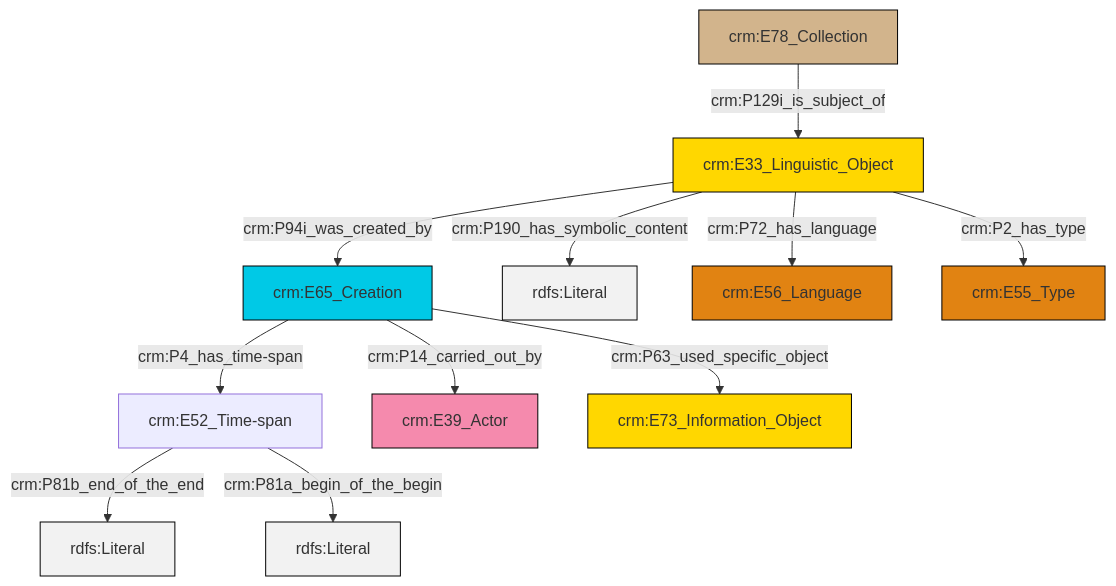
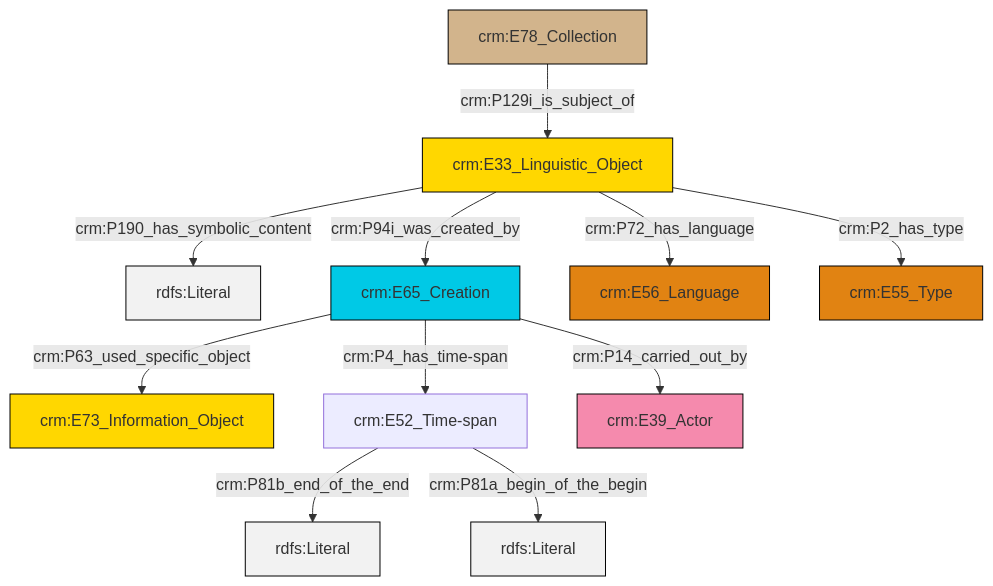
One commit to swiss-art-research-net/docs.swissartresearch changed the diagram in et/archivalCSV/ttl/mmd/archival_desc.ttl.mmd. Above: the diagram before and after it, drawn with Mermaid. The commit also changed 177 other files, not shown here.

```diff
--- a/et/archivalCSV/ttl/mmd/archival_desc.ttl.mmd
+++ b/et/archivalCSV/ttl/mmd/archival_desc.ttl.mmd
@@ -1,25 +1,25 @@
 graph TD
 classDef Literal fill:#f2f2f2,stroke:#000000;
 classDef CRM_Entity fill:#FFFFFF,stroke:#000000;
 classDef Temporal_Entity fill:#00C9E6, stroke:#000000;
 classDef Type fill:#E18312, stroke:#000000;
 classDef Time-Span fill:#2C9C91, stroke:#000000;
 classDef Appellation fill:#FFEB7F, stroke:#000000;
 classDef Place fill:#008836, stroke:#000000;
 classDef Persistent_Item fill:#B266B2, stroke:#000000;
 classDef Conceptual_Object fill:#FFD700, stroke:#000000;
 classDef Physical_Thing fill:#D2B48C, stroke:#000000;
 classDef Actor fill:#f58aad, stroke:#000000;
 classDef PC_Classes fill:#4ce600, stroke:#000000;
 classDef Multi fill:#cccccc,stroke:#000000;
 
-0["crm:E52_Time-span"]:::Default -->|crm:P81b_end_of_the_end| 1[rdfs:Literal]:::Literal
-2["crm:E65_Creation"]:::Temporal_Entity -->|crm:P4_has_time-span| 0["crm:E52_Time-span"]:::Default
-2["crm:E65_Creation"]:::Temporal_Entity -->|crm:P14_carried_out_by| 7["crm:E39_Actor"]:::Actor
-3["crm:E33_Linguistic_Object"]:::Conceptual_Object -->|crm:P190_has_symbolic_content| 8[rdfs:Literal]:::Literal
-0["crm:E52_Time-span"]:::Default -->|crm:P81a_begin_of_the_begin| 9[rdfs:Literal]:::Literal
-5["crm:E78_Collection"]:::Physical_Thing -->|crm:P129i_is_subject_of| 3["crm:E33_Linguistic_Object"]:::Conceptual_Object
-3["crm:E33_Linguistic_Object"]:::Conceptual_Object -->|crm:P2_has_type| 15["crm:E55_Type"]:::Type
-3["crm:E33_Linguistic_Object"]:::Conceptual_Object -->|crm:P94i_was_created_by| 2["crm:E65_Creation"]:::Temporal_Entity
-2["crm:E65_Creation"]:::Temporal_Entity -->|crm:P63_used_specific_object| 10["crm:E73_Information_Object"]:::Conceptual_Object
-3["crm:E33_Linguistic_Object"]:::Conceptual_Object -->|crm:P72_has_language| 12["crm:E56_Language"]:::Type
+0["crm:E33_Linguistic_Object"]:::Conceptual_Object -->|crm:P190_has_symbolic_content| 2[rdfs:Literal]:::Literal
+3["crm:E65_Creation"]:::Temporal_Entity -->|crm:P63_used_specific_object| 4["crm:E73_Information_Object"]:::Conceptual_Object
+0["crm:E33_Linguistic_Object"]:::Conceptual_Object -->|crm:P2_has_type| 7["crm:E55_Type"]:::Type
+3["crm:E65_Creation"]:::Temporal_Entity -->|crm:P4_has_time-span| 9["crm:E52_Time-span"]:::Default
+3["crm:E65_Creation"]:::Temporal_Entity -->|crm:P14_carried_out_by| 10["crm:E39_Actor"]:::Actor
+9["crm:E52_Time-span"]:::Default -->|crm:P81b_end_of_the_end| 13[rdfs:Literal]:::Literal
+15["crm:E78_Collection"]:::Physical_Thing -->|crm:P129i_is_subject_of| 0["crm:E33_Linguistic_Object"]:::Conceptual_Object
+0["crm:E33_Linguistic_Object"]:::Conceptual_Object -->|crm:P94i_was_created_by| 3["crm:E65_Creation"]:::Temporal_Entity
+9["crm:E52_Time-span"]:::Default -->|crm:P81a_begin_of_the_begin| 17[rdfs:Literal]:::Literal
+0["crm:E33_Linguistic_Object"]:::Conceptual_Object -->|crm:P72_has_language| 5["crm:E56_Language"]:::Type
```
